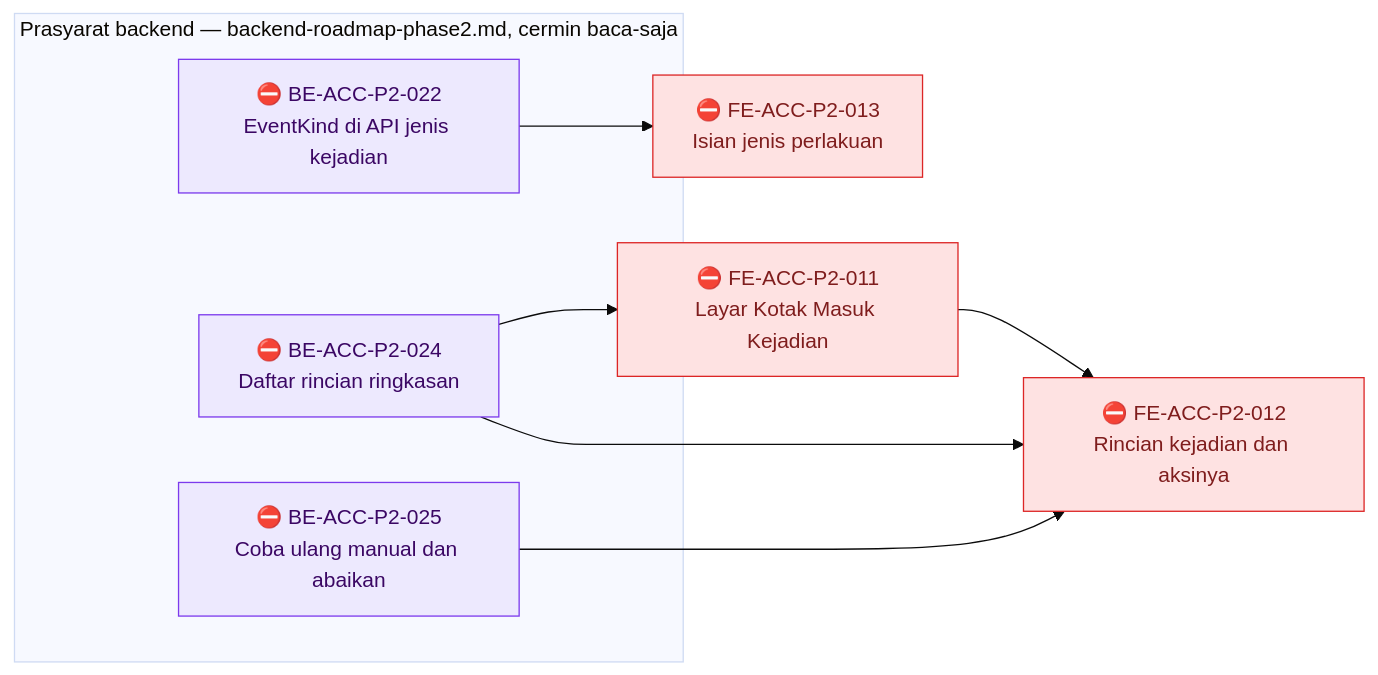
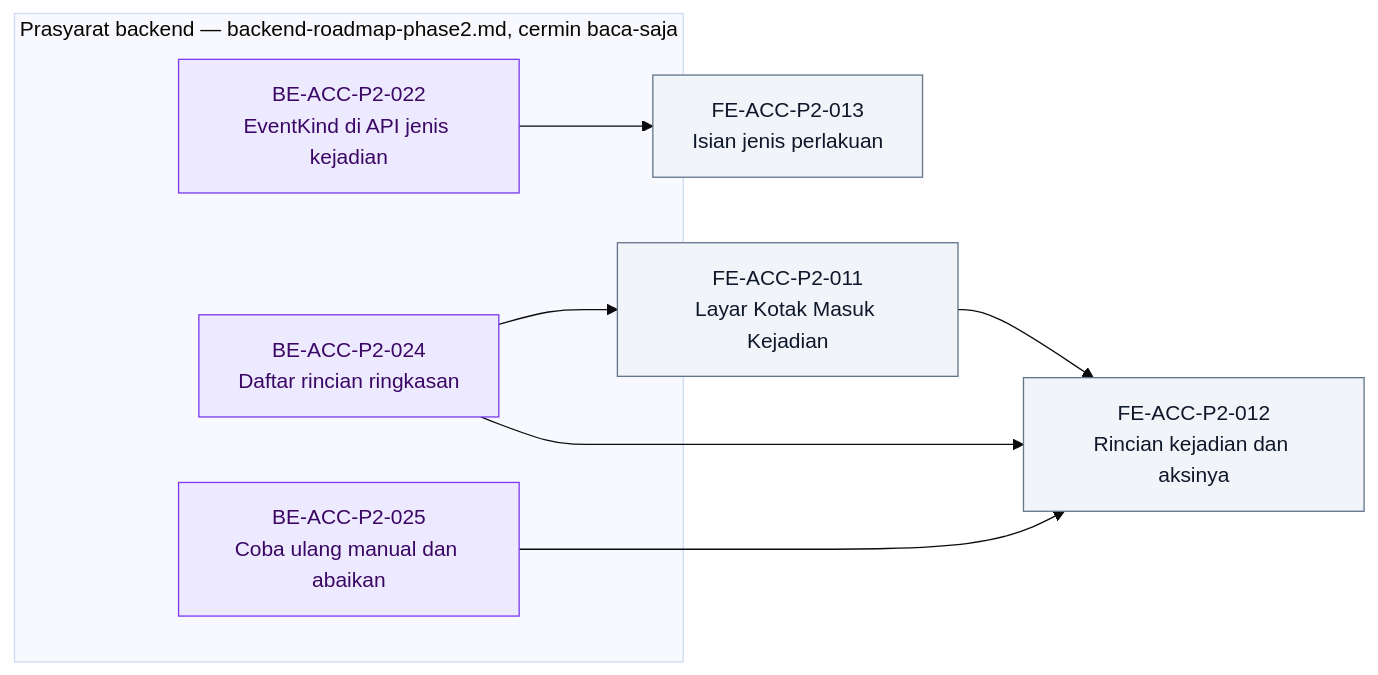
The fifth of 5 diagrams in docs/module-blueprints/accounting/roadmap/frontend-roadmap-phase2.md (DevBenari/NewQuilvianSystemBackend), drawn with Mermaid (base theme) before and after one commit. The commit also changed other lines of this file and 28 other files, not shown here.

````diff
--- a/docs/module-blueprints/accounting/roadmap/frontend-roadmap-phase2.md
+++ b/docs/module-blueprints/accounting/roadmap/frontend-roadmap-phase2.md
@@ -451,24 +451,24 @@
 ```mermaid
 flowchart LR
     classDef selesai fill:#DCFCE7,stroke:#16A34A,color:#14532D
     classDef sebagian fill:#FEF9C3,stroke:#CA8A04,color:#713F12
     classDef terblokir fill:#FEE2E2,stroke:#DC2626,color:#7F1D1D
     classDef belum fill:#F1F5F9,stroke:#64748B,color:#0F172A
     classDef luar fill:#EDE9FE,stroke:#7C3AED,color:#3B0764
 
     subgraph backend["Prasyarat backend — backend-roadmap-phase2.md, cermin baca-saja"]
-        BBEACCP2022["⛔ BE-ACC-P2-022<br/>EventKind di API jenis kejadian"]:::luar
-        BBEACCP2024["⛔ BE-ACC-P2-024<br/>Daftar rincian ringkasan"]:::luar
-        BBEACCP2025["⛔ BE-ACC-P2-025<br/>Coba ulang manual dan abaikan"]:::luar
+        BBEACCP2022["BE-ACC-P2-022<br/>EventKind di API jenis kejadian"]:::luar
+        BBEACCP2024["BE-ACC-P2-024<br/>Daftar rincian ringkasan"]:::luar
+        BBEACCP2025["BE-ACC-P2-025<br/>Coba ulang manual dan abaikan"]:::luar
     end
 
-    FEACCP2011["⛔ FE-ACC-P2-011<br/>Layar Kotak Masuk Kejadian"]:::terblokir
-    FEACCP2012["⛔ FE-ACC-P2-012<br/>Rincian kejadian dan aksinya"]:::terblokir
-    FEACCP2013["⛔ FE-ACC-P2-013<br/>Isian jenis perlakuan"]:::terblokir
+    FEACCP2011["FE-ACC-P2-011<br/>Layar Kotak Masuk Kejadian"]:::belum
+    FEACCP2012["FE-ACC-P2-012<br/>Rincian kejadian dan aksinya"]:::belum
+    FEACCP2013["FE-ACC-P2-013<br/>Isian jenis perlakuan"]:::belum
 
     BBEACCP2024 --> FEACCP2011
     BBEACCP2024 --> FEACCP2012
     BBEACCP2025 --> FEACCP2012
     FEACCP2011 --> FEACCP2012
     BBEACCP2022 --> FEACCP2013
 ```
````
